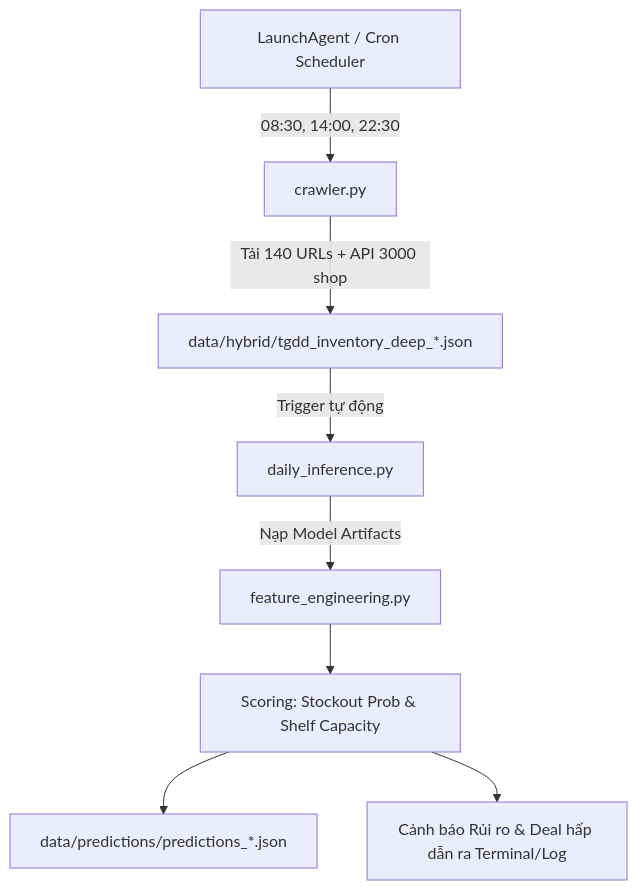
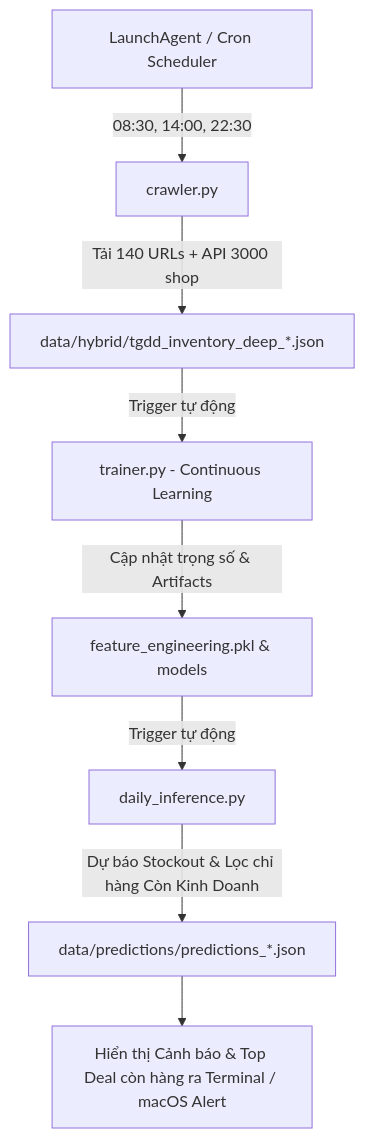
The diagram in src/intelligence/README.md (tchuynhminhtuan/daily-promotion), drawn with Mermaid before and after one commit. The commit also changed other lines of this file and 20 other files, not shown here.

Commit message:
feat: breakdown daily stockout risks and in-stock deals by category, automate continuous learning, and remove terminal auto-close timeout

````diff
--- a/src/intelligence/README.md
+++ b/src/intelligence/README.md
@@ -43,10 +43,10 @@
 ```mermaid
 graph TD
     A[LaunchAgent / Cron Scheduler] -->|08:30, 14:00, 22:30| B[crawler.py]
     B -->|Tải 140 URLs + API 3000 shop| C[data/hybrid/tgdd_inventory_deep_*.json]
-    C -->|Trigger tự động| D[daily_inference.py]
-    D -->|Nạp Model Artifacts| E[feature_engineering.py]
-    E --> F[Scoring: Stockout Prob & Shelf Capacity]
-    F --> G[data/predictions/predictions_*.json]
-    F --> H[Cảnh báo Rủi ro & Deal hấp dẫn ra Terminal/Log]
+    C -->|Trigger tự động| D[trainer.py - Continuous Learning]
+    D -->|Cập nhật trọng số & Artifacts| E[feature_engineering.pkl & models]
+    E -->|Trigger tự động| F[daily_inference.py]
+    F -->|Dự báo Stockout & Lọc chỉ hàng Còn Kinh Doanh| G[data/predictions/predictions_*.json]
+    G --> H[Hiển thị Cảnh báo & Top Deal còn hàng ra Terminal / macOS Alert]
 ```
````
